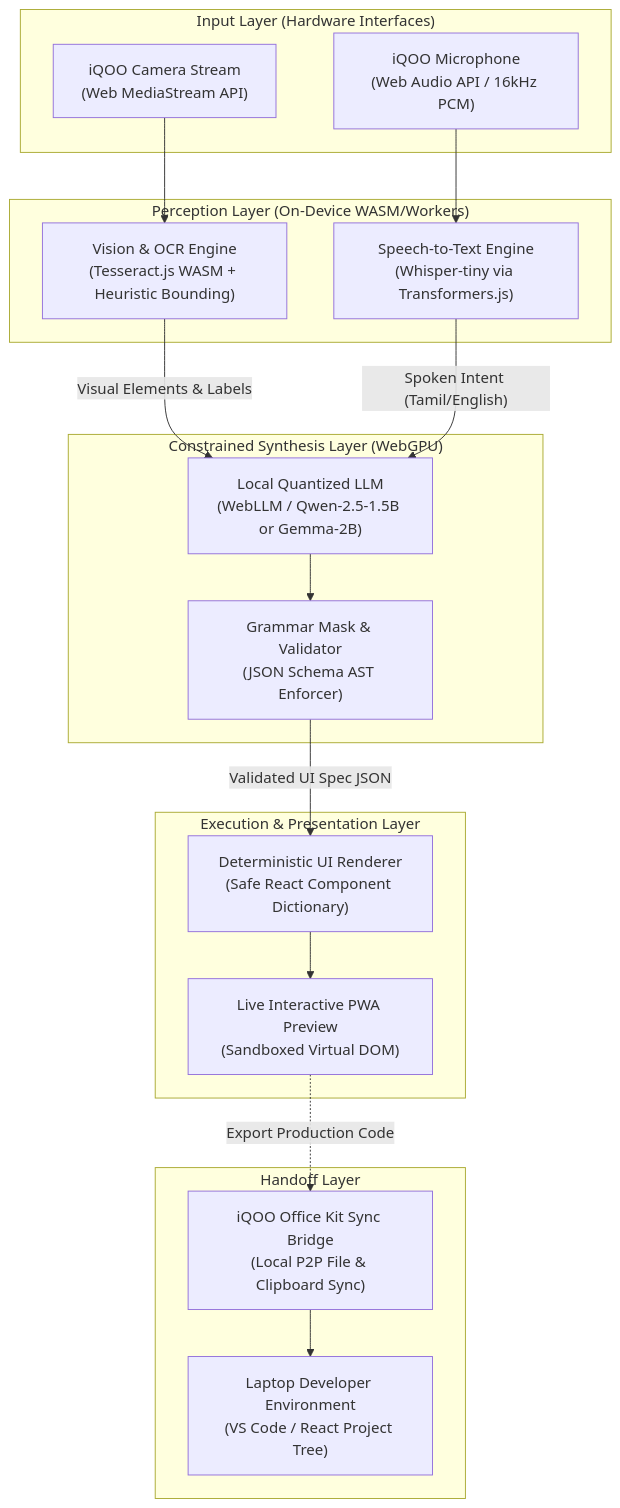
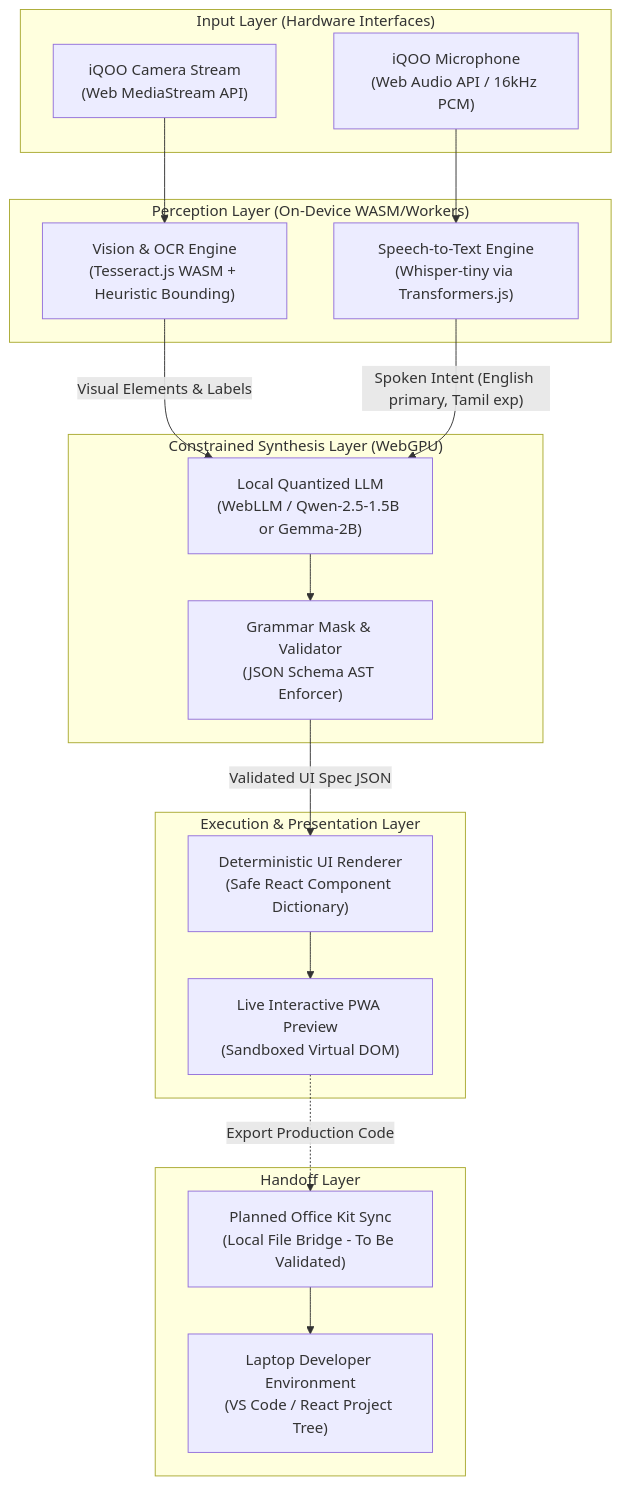
One commit to Priyan120-dev/IQOO_SketchCode changed the first of 3 diagrams in docs/architecture.md. Above: the diagram before and after it, drawn with Mermaid. The commit also changed other lines of this file and 8 other files, not shown here.

````diff
--- a/docs/architecture.md
+++ b/docs/architecture.md
@@ -15,37 +15,37 @@
 ```mermaid
 flowchart TD
     subgraph Input_Layer ["Input Layer (Hardware Interfaces)"]
         Cam["iQOO Camera Stream<br/>(Web MediaStream API)"]
         Mic["iQOO Microphone<br/>(Web Audio API / 16kHz PCM)"]
     end
 
     subgraph Perception_Layer ["Perception Layer (On-Device WASM/Workers)"]
         OCR["Vision & OCR Engine<br/>(Tesseract.js WASM + Heuristic Bounding)"]
         ASR["Speech-to-Text Engine<br/>(Whisper-tiny via Transformers.js)"]
     end
 
     subgraph Inference_Layer ["Constrained Synthesis Layer (WebGPU)"]
         WebLLM["Local Quantized LLM<br/>(WebLLM / Qwen-2.5-1.5B or Gemma-2B)"]
         Grammar["Grammar Mask & Validator<br/>(JSON Schema AST Enforcer)"]
     end
 
     subgraph Execution_Layer ["Execution & Presentation Layer"]
         Renderer["Deterministic UI Renderer<br/>(Safe React Component Dictionary)"]
         PWA["Live Interactive PWA Preview<br/>(Sandboxed Virtual DOM)"]
     end
 
     subgraph Bridge_Layer ["Handoff Layer"]
-        OfficeKit["iQOO Office Kit Sync Bridge<br/>(Local P2P File & Clipboard Sync)"]
+        OfficeKit["Planned Office Kit Sync<br/>(Local File Bridge - To Be Validated)"]
         IDE["Laptop Developer Environment<br/>(VS Code / React Project Tree)"]
     end
 
     Cam --> OCR
     Mic --> ASR
     OCR -->|"Visual Elements & Labels"| WebLLM
-    ASR -->|"Spoken Intent (Tamil/English)"| WebLLM
+    ASR -->|"Spoken Intent (English primary, Tamil exp)"| WebLLM
     WebLLM --> Grammar
     Grammar -->|"Validated UI Spec JSON"| Renderer
     Renderer --> PWA
     PWA -.->|"Export Production Code"| OfficeKit
     OfficeKit --> IDE
 ```
````
